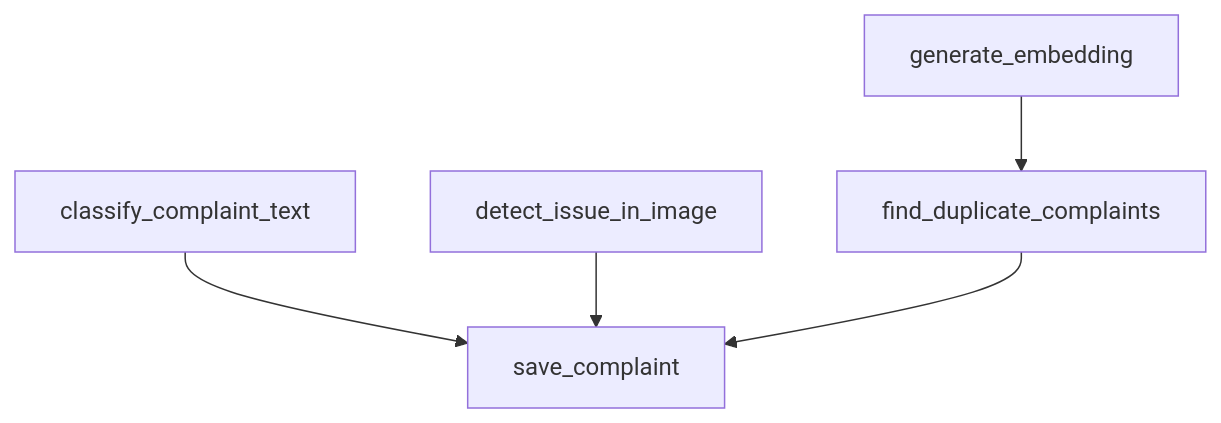
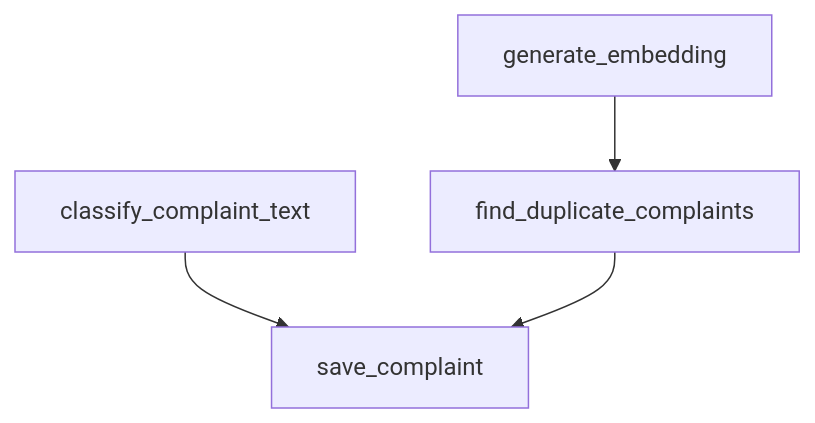
The second of 3 diagrams in md files/ARCHITECTURE_CITIZEN_FLOW.md (Praptea-code/nagarai-ai-civictech), drawn with Mermaid before and after one commit. The commit also changed other lines of this file and 11 other files, not shown here.

````diff
--- a/md files/ARCHITECTURE_CITIZEN_FLOW.md
+++ b/md files/ARCHITECTURE_CITIZEN_FLOW.md
@@ -42,7 +41,6 @@
 ```mermaid
 flowchart TD
     A[classify_complaint_text] --> D[save_complaint]
-    B[detect_issue_in_image] --> D
     C[generate_embedding] --> E[find_duplicate_complaints]
     E --> D
 ```
````
